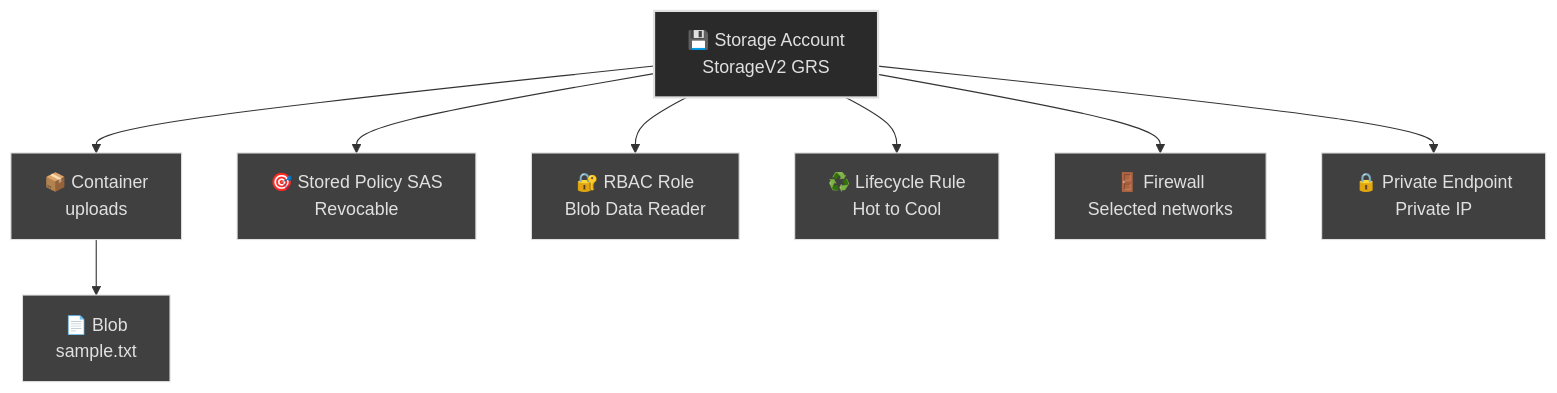
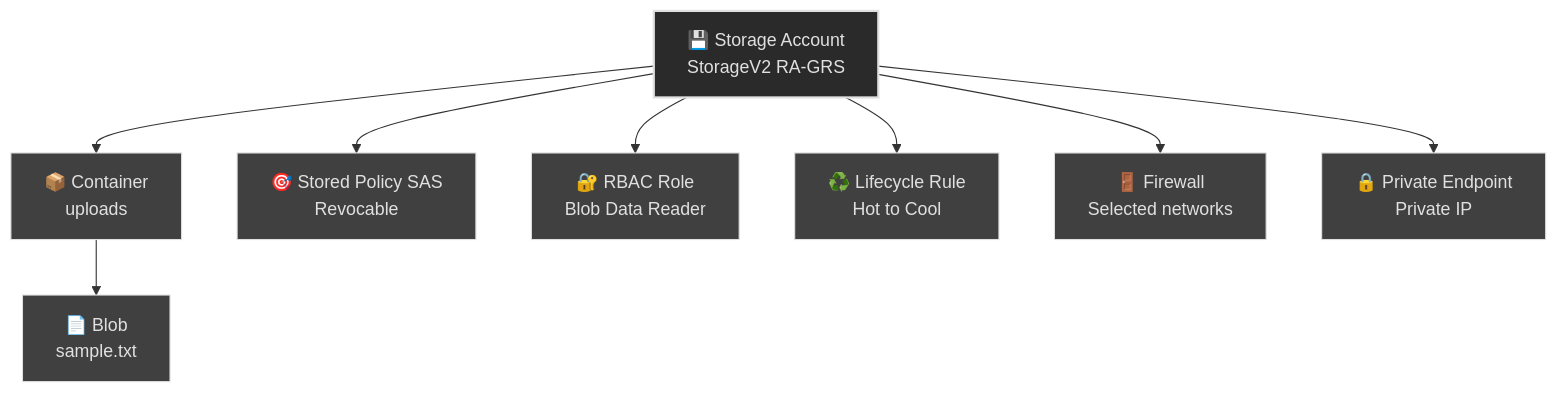
The first of 2 diagrams in 02-secure-storage/README.md (rubak714/azure-system-administration), drawn with Mermaid before and after one commit. The commit also changed other lines of this file, not shown here.

Commit message:
docs: restore RA-GRS guidance and add hot tier, soft delete, and tag requirement details

````diff
--- a/02-secure-storage/README.md
+++ b/02-secure-storage/README.md
@@ -39,35 +39,35 @@
 ```mermaid
 graph TB
-    ACC["💾 Storage Account<br/>StorageV2 GRS"]
+    ACC["💾 Storage Account<br/>StorageV2 RA-GRS"]
     
     CON["📦 Container<br/>uploads"]
     
     BLOB["📄 Blob<br/>sample.txt"]
     
     SAP["🎯 Stored Policy SAS<br/>Revocable"]
     
     RBAC["🔐 RBAC Role<br/>Blob Data Reader"]
     
     LIFE["♻️ Lifecycle Rule<br/>Hot to Cool"]
     
     FW["🚪 Firewall<br/>Selected networks"]
     
     PE["🔒 Private Endpoint<br/>Private IP"]
     
     ACC --> CON
     CON --> BLOB
     ACC --> SAP
     ACC --> RBAC
     ACC --> LIFE
     ACC --> FW
     ACC --> PE
     
     style ACC fill:#2a2a2a,stroke:#e0e0e0,stroke-width:2px,color:#e0e0e0
     style CON fill:#404040,stroke:#e0e0e0,stroke-width:1px,color:#e0e0e0
     style BLOB fill:#404040,stroke:#e0e0e0,stroke-width:1px,color:#e0e0e0
     style SAP fill:#404040,stroke:#e0e0e0,stroke-width:1px,color:#e0e0e0
     style RBAC fill:#404040,stroke:#e0e0e0,stroke-width:1px,color:#e0e0e0
     style LIFE fill:#404040,stroke:#e0e0e0,stroke-width:1px,color:#e0e0e0
     style FW fill:#404040,stroke:#e0e0e0,stroke-width:1px,color:#e0e0e0
     style PE fill:#404040,stroke:#e0e0e0,stroke-width:1px,color:#e0e0e0
 ```
````
